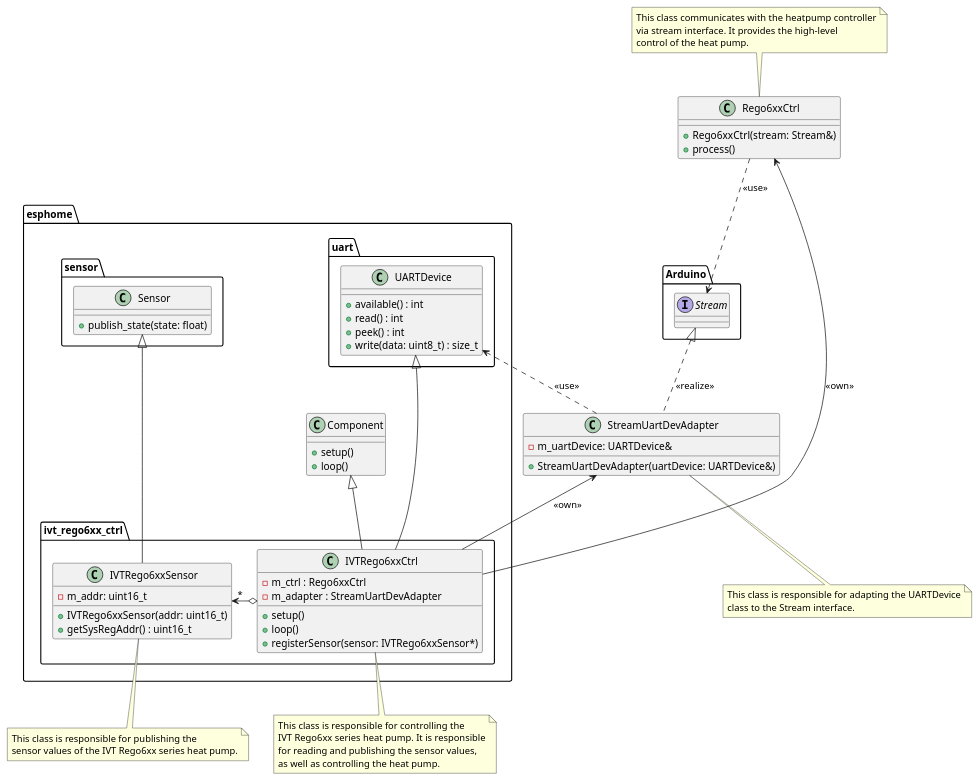
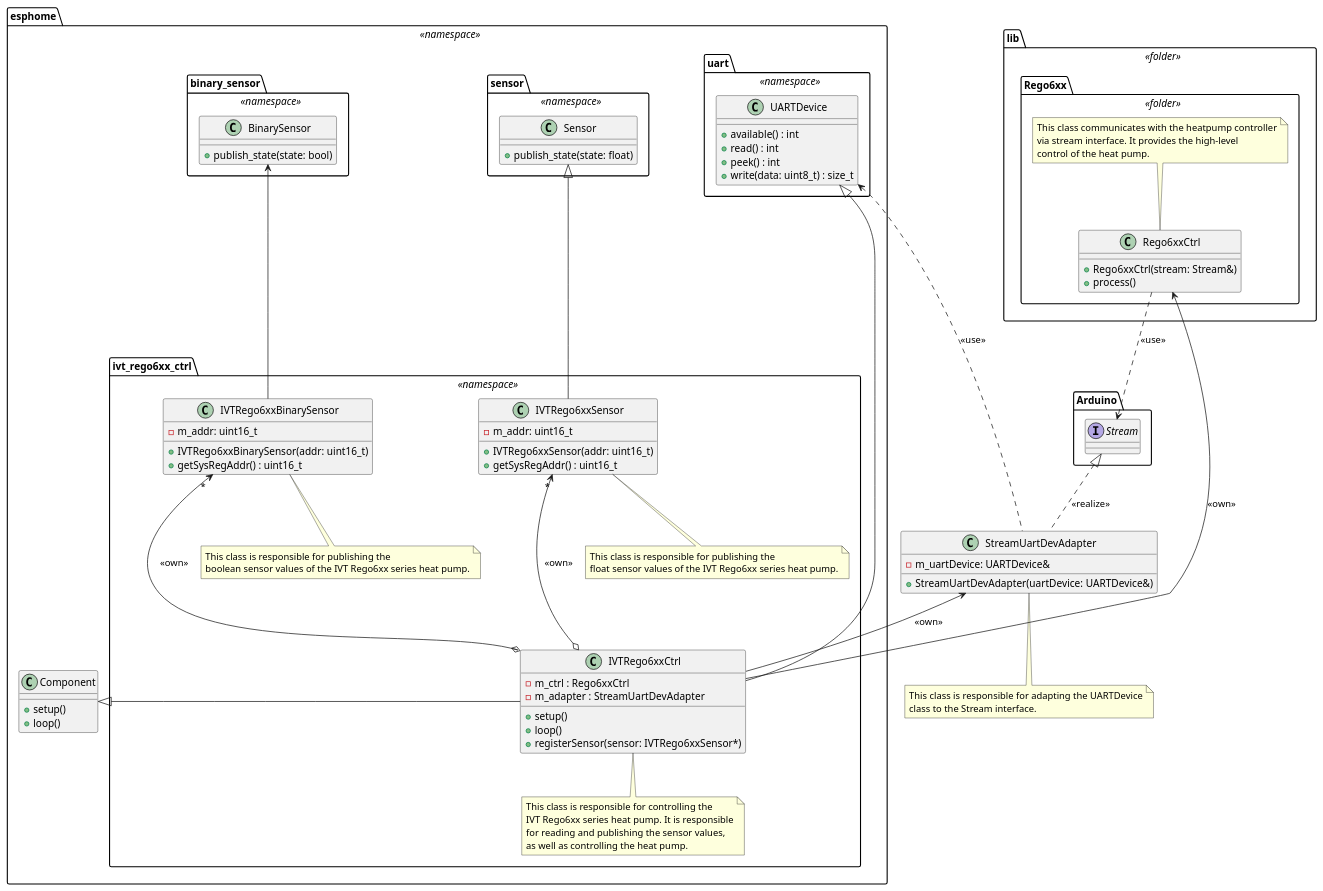
The diagram in doc/sw-architecture/class_diagram.puml (BlueAndi/IVTRego6xxControl), drawn with PlantUML before and after one commit. The commit also changed 7 other files, not shown here.

Commit message:
Binary sensor implemented.

```diff
--- a/doc/sw-architecture/class_diagram.puml
+++ b/doc/sw-architecture/class_diagram.puml
@@ -1,96 +1,121 @@
 @startuml class_diagram
 
-package "esphome" {
+package "esphome" <<namespace>> {
 
-    package "uart" as uartPckg {
+    package "uart" <<namespace>> as uartPckg {
 
         class "UARTDevice" as uartDevice {
             + available() : int
             + read() : int
             + peek() : int
             + write(data: uint8_t) : size_t
         }
     }
 
     class "Component" as comp {
         + setup()
         + loop()
     }
 
-    package "sensor" as sensorPckg {
+    package "sensor" <<namespace>> as sensorPckg {
 
         class "Sensor" as sensor {
             + publish_state(state: float)
         }
     }
 
-    package "ivt_rego6xx_ctrl" as ivtRego6xxCtrlPckg {
+    package "binary_sensor" <<namespace>> as binarySensorPckg {
+
+        class "BinarySensor" as binarySensor {
+            + publish_state(state: bool)
+        }
+    }
+
+    package "ivt_rego6xx_ctrl" <<namespace>> as ivtRego6xxCtrlPckg {
 
         class "IVTRego6xxCtrl" as ivtRego6xxCtrl {
             - m_ctrl : Rego6xxCtrl
             - m_adapter : StreamUartDevAdapter
             + setup()
             + loop()
             + registerSensor(sensor: IVTRego6xxSensor*)
         }
 
         class "IVTRego6xxSensor" as ivtRego6xxSensor {
             - m_addr: uint16_t
             + IVTRego6xxSensor(addr: uint16_t)
             + getSysRegAddr() : uint16_t
         }
+
+        class "IVTRego6xxBinarySensor" as ivtRego6xxBinarySensor {
+            - m_addr: uint16_t
+            + IVTRego6xxBinarySensor(addr: uint16_t)
+            + getSysRegAddr() : uint16_t
+        }
+
+        note bottom of ivtRego6xxCtrl
+            This class is responsible for controlling the
+            IVT Rego6xx series heat pump. It is responsible
+            for reading and publishing the sensor values,
+            as well as controlling the heat pump.
+        end note
+
+        note bottom of ivtRego6xxSensor
+            This class is responsible for publishing the
+            float sensor values of the IVT Rego6xx series heat pump.
+        end note
+
+        note bottom of ivtRego6xxBinarySensor
+            This class is responsible for publishing the
+            boolean sensor values of the IVT Rego6xx series heat pump.
+        end note
     }
 }
-
-note bottom of ivtRego6xxCtrl
-    This class is responsible for controlling the
-    IVT Rego6xx series heat pump. It is responsible
-    for reading and publishing the sensor values,
-    as well as controlling the heat pump.
-end note
-
-note bottom of ivtRego6xxSensor
-    This class is responsible for publishing the
-    sensor values of the IVT Rego6xx series heat pump.
-end note
 
 class "StreamUartDevAdapter" as streamUartDevAdapter {
     - m_uartDevice: UARTDevice&
     + StreamUartDevAdapter(uartDevice: UARTDevice&)
 }
 
 note bottom of streamUartDevAdapter
     This class is responsible for adapting the UARTDevice
     class to the Stream interface.
 end note
 
-class "Rego6xxCtrl" as rego6xxCtrl {
-    + Rego6xxCtrl(stream: Stream&)
-    + process()
+package "lib" <<folder>> as libPckg {
+
+    package "Rego6xx" <<folder>> as rego6xxPckg {
+
+        class "Rego6xxCtrl" as rego6xxCtrl {
+            + Rego6xxCtrl(stream: Stream&)
+            + process()
+        }
+
+        note top of rego6xxCtrl
+            This class communicates with the heatpump controller
+            via stream interface. It provides the high-level
+            control of the heat pump.
+        end note
+    }
 }
-
-note top of rego6xxCtrl
-    This class communicates with the heatpump controller
-    via stream interface. It provides the high-level
-    control of the heat pump.
-end note
 
 package "Arduino" as arduinoPckg {
     interface "Stream" as stream
 }
 
-uartDevice <|--- ivtRego6xxCtrl
-comp <|-- ivtRego6xxCtrl
+uartDevice <|----- ivtRego6xxCtrl
+comp <|- ivtRego6xxCtrl
 rego6xxCtrl <-- ivtRego6xxCtrl: <<own>>
 streamUartDevAdapter <-- ivtRego6xxCtrl: <<own>>
+ivtRego6xxSensor "*" <---o ivtRego6xxCtrl: <<own>>
+ivtRego6xxBinarySensor "*" <---o ivtRego6xxCtrl: <<own>>
 
 stream <|.. streamUartDevAdapter: <<realize>>
 uartDevice <.. streamUartDevAdapter: <<use>>
 
 rego6xxCtrl ..> stream: <<use>>
 
 sensor <|--- ivtRego6xxSensor
-
-ivtRego6xxSensor "*" <-o ivtRego6xxCtrl
+binarySensor <--- ivtRego6xxBinarySensor
 
 @enduml
```
